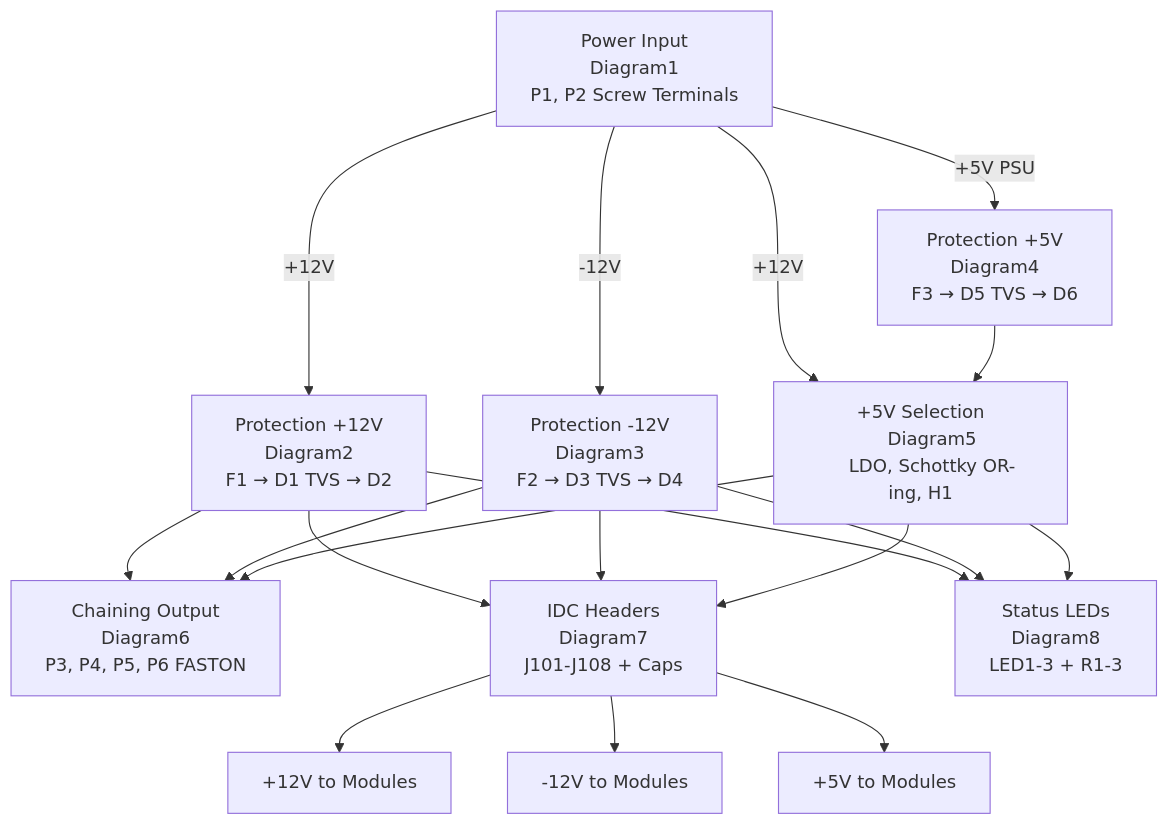
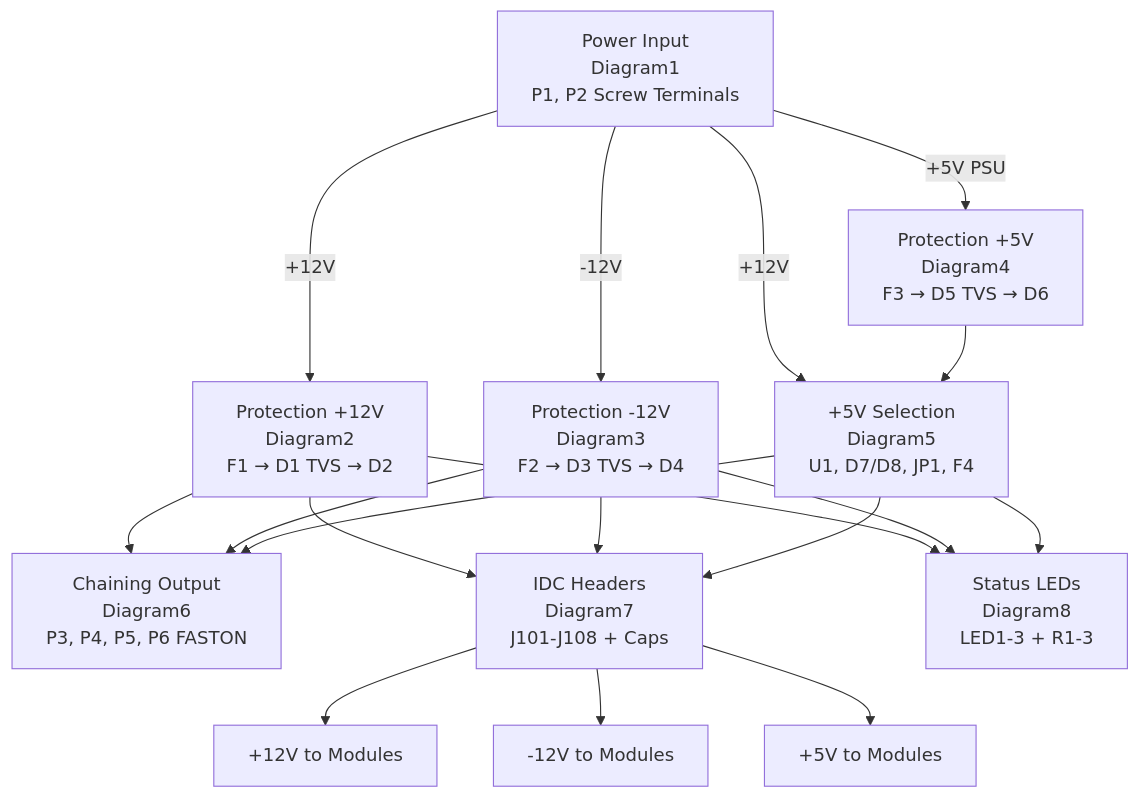
Before and after one commit to Takazudo/zudo-bus: the diagram in doc/docs/overview/circuit-diagrams.mdx, drawn with Mermaid. The commit also changed other lines of this file and 1 other file, not shown here.

First line of the commit message:
Update Diagram5 (JP1, F4 position) and fix F3/F4 descriptions

````diff
--- a/doc/docs/overview/circuit-diagrams.mdx
+++ b/doc/docs/overview/circuit-diagrams.mdx
@@ -13,60 +13,60 @@
 ```mermaid
 flowchart TD
     IN["Power Input
     Diagram1
     P1, P2 Screw Terminals"]
 
     PROT12["Protection +12V
     Diagram2
     F1 → D1 TVS → D2"]
 
     PROTN12["Protection -12V
     Diagram3
     F2 → D3 TVS → D4"]
 
     PROT5["Protection +5V
     Diagram4
     F3 → D5 TVS → D6"]
 
     SEL5["+5V Selection
     Diagram5
-    LDO, Schottky OR-ing, H1"]
+    U1, D7/D8, JP1, F4"]
 
     DIST["Chaining Output
     Diagram6
     P3, P4, P5, P6 FASTON"]
 
     IDC["IDC Headers
     Diagram7
     J101-J108 + Caps"]
 
     LED["Status LEDs
     Diagram8
     LED1-3 + R1-3"]
 
     OUT1["+12V to Modules"]
     OUT2["-12V to Modules"]
     OUT3["+5V to Modules"]
 
     IN -->|"+12V"| PROT12
     IN -->|"-12V"| PROTN12
     IN -->|"+5V PSU"| PROT5
     IN -->|"+12V"| SEL5
 
     PROT12 --> IDC
     PROTN12 --> IDC
     PROT5 --> SEL5
     SEL5 --> IDC
 
     PROT12 --> DIST
     PROTN12 --> DIST
     SEL5 --> DIST
 
     IDC --> OUT1
     IDC --> OUT2
     IDC --> OUT3
 
     PROT12 --> LED
     PROTN12 --> LED
     SEL5 --> LED
 ```
````
